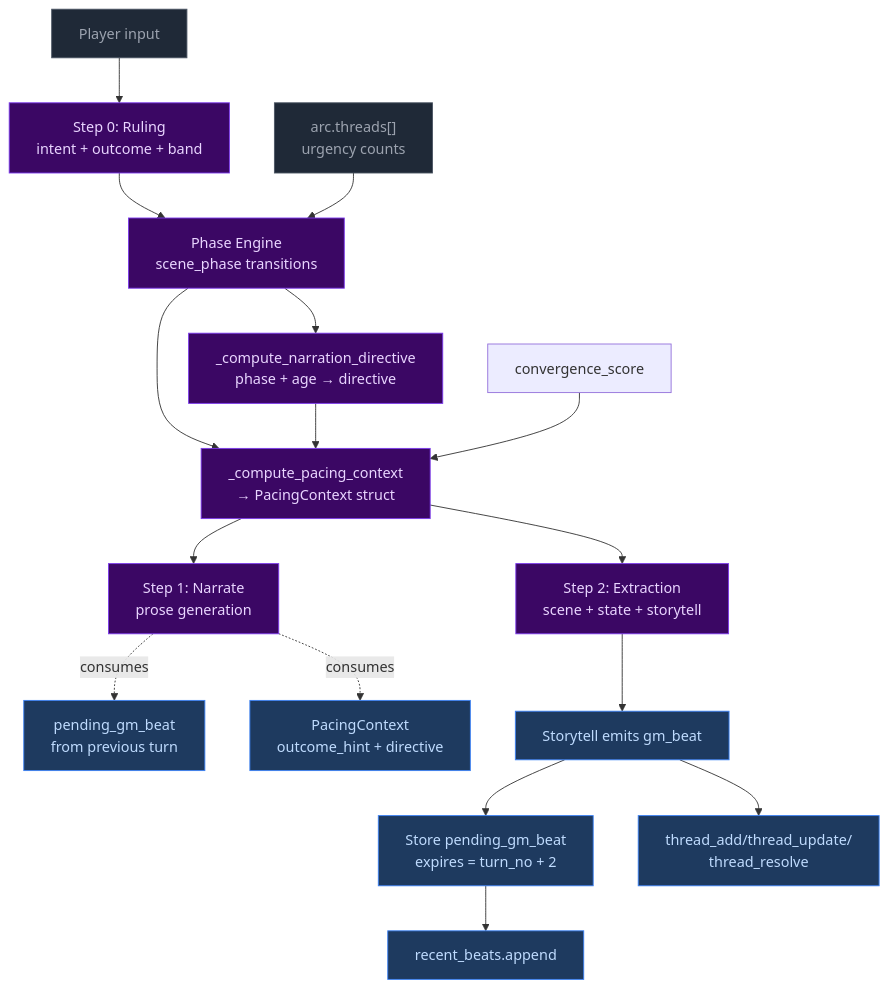
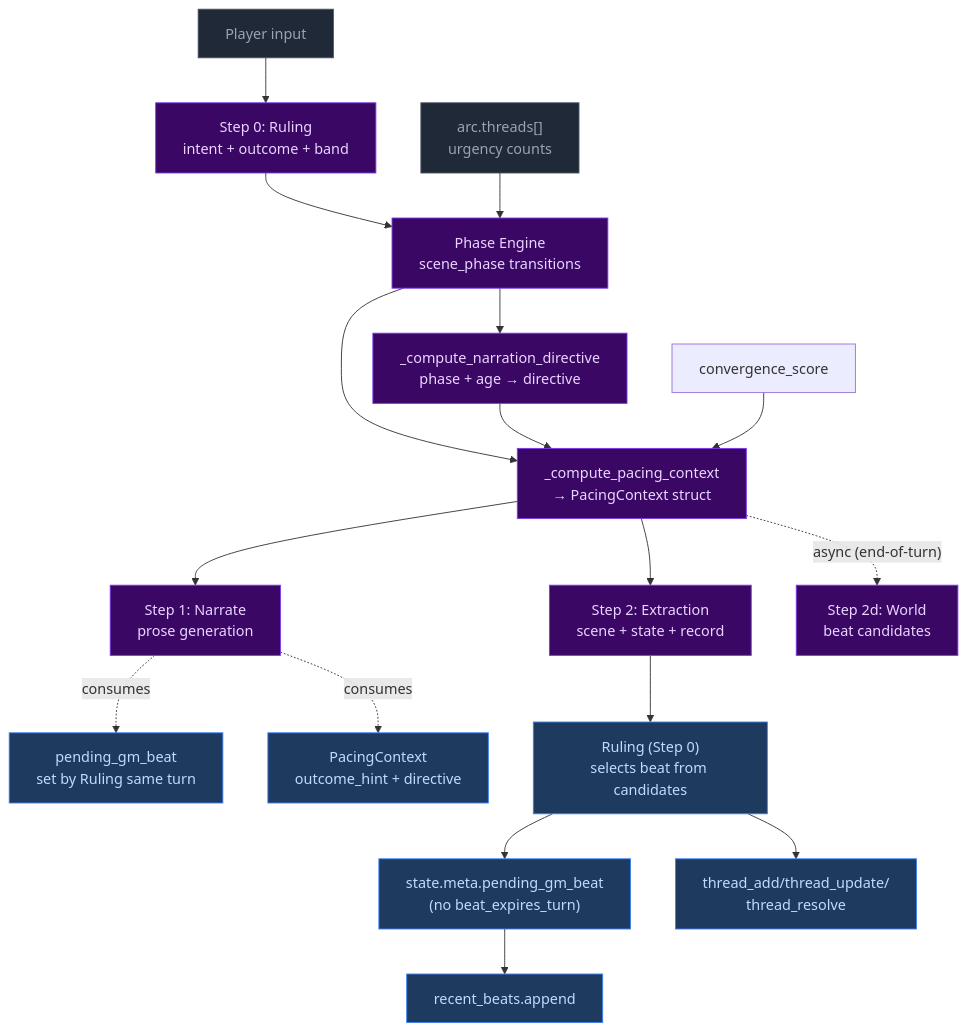
One commit to pww217/fablethread changed the seventh of 7 diagrams in docs/architecture/pacing-systems.md. Above: the diagram before and after it, drawn with Mermaid. The commit also changed other lines of this file and 19 other files, not shown here.

````diff
--- a/docs/architecture/pacing-systems.md
+++ b/docs/architecture/pacing-systems.md
@@ -261,35 +266,36 @@
 ```mermaid
 flowchart TD
     classDef input fill:#1f2937,color:#9ca3af,stroke:#4b5563
     classDef decision fill:#3b0764,color:#e9d5ff,stroke:#7c3aed
     classDef output fill:#1e3a5f,color:#bfdbfe,stroke:#3b82f6
     classDef system fill:#3b0764,color:#e9d5ff,stroke:#7c3aed,strokeWidth:2px
 
     INPUT["Player input"]:::input --> RULING["Step 0: Ruling<br>intent + outcome + band"]:::system
 
     RULING --> PHASE["Phase Engine<br>scene_phase transitions"]:::system
 
     THREADS["arc.threads[]<br>urgency counts"]:::input --> PHASE
 
     PHASE --> DIR["_compute_narration_directive<br>phase + age → directive"]:::system
 
     PHASE & DIR & CS["convergence_score"] --> PC["_compute_pacing_context<br>→ PacingContext struct"]:::system
 
     PC --> NARRATE["Step 1: Narrate<br>prose generation"]:::system
-    PC --> EXTRACTION["Step 2: Extraction<br>scene + state + storytell"]:::system
+    PC --> EXTRACTION["Step 2: Extraction<br>scene + state + record"]:::system
+    PC -. "async (end-of-turn)" .-> WORLD["Step 2d: World<br>beat candidates"]:::system
 
-    NARRATE -. "consumes" .-> N_GM["pending_gm_beat<br>from previous turn"]:::output
+    NARRATE -. "consumes" .-> N_GM["pending_gm_beat<br>set by Ruling same turn"]:::output
     NARRATE -. "consumes" .-> N_PC["PacingContext<br>outcome_hint + directive"]:::output
 
-    EXTRACTION --> STORYLLM["Storytell emits gm_beat"]:::output
-    STORYLLM --> BEAT_STORE["Store pending_gm_beat<br>expires = turn_no + 2"]:::output
-    STORYLLM --> THREADS2["thread_add/thread_update/<br>thread_resolve"]:::output
+    EXTRACTION --> RULING_EARLY["Ruling (Step 0)<br>selects beat from candidates"]:::output
+    RULING_EARLY --> BEAT_STORE["state.meta.pending_gm_beat<br>(no beat_expires_turn)"]:::output
+    RULING_EARLY --> THREADS2["thread_add/thread_update/<br>thread_resolve"]:::output
 
     BEAT_STORE --> HISTORY["recent_beats.append"]:::output
 
     style RULING fill:#3b0764,color:#e9d5ff,stroke:#7c3aed,strokeWidth:2px
     style PHASE fill:#3b0764,color:#e9d5ff,stroke:#7c3aed,strokeWidth:2px
     style PC fill:#3b0764,color:#e9d5ff,stroke:#7c3aed,strokeWidth:2px
     style NARRATE fill:#3b0764,color:#e9d5ff,stroke:#7c3aed,strokeWidth:2px
     style EXTRACTION fill:#3b0764,color:#e9d5ff,stroke:#7c3aed,strokeWidth:2px
 ```
````
